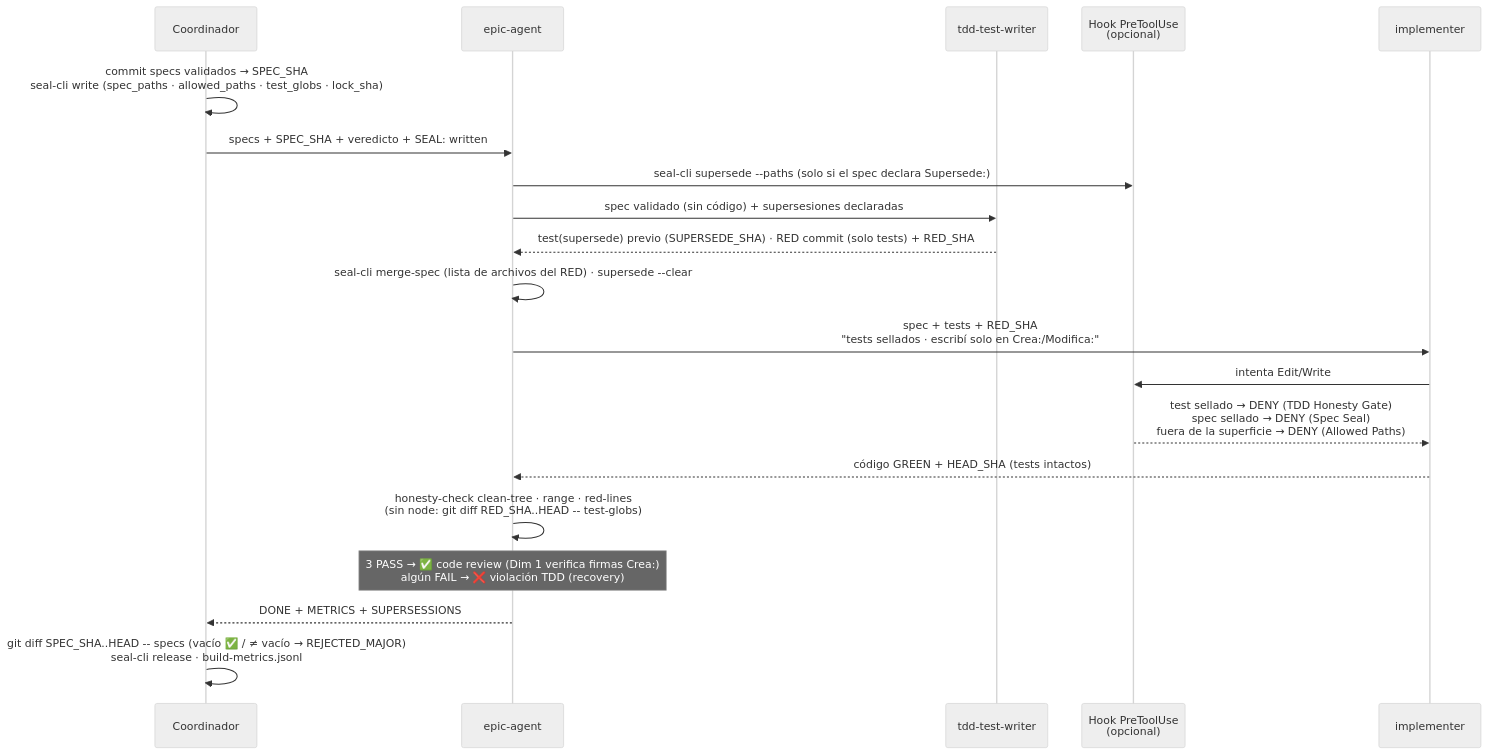
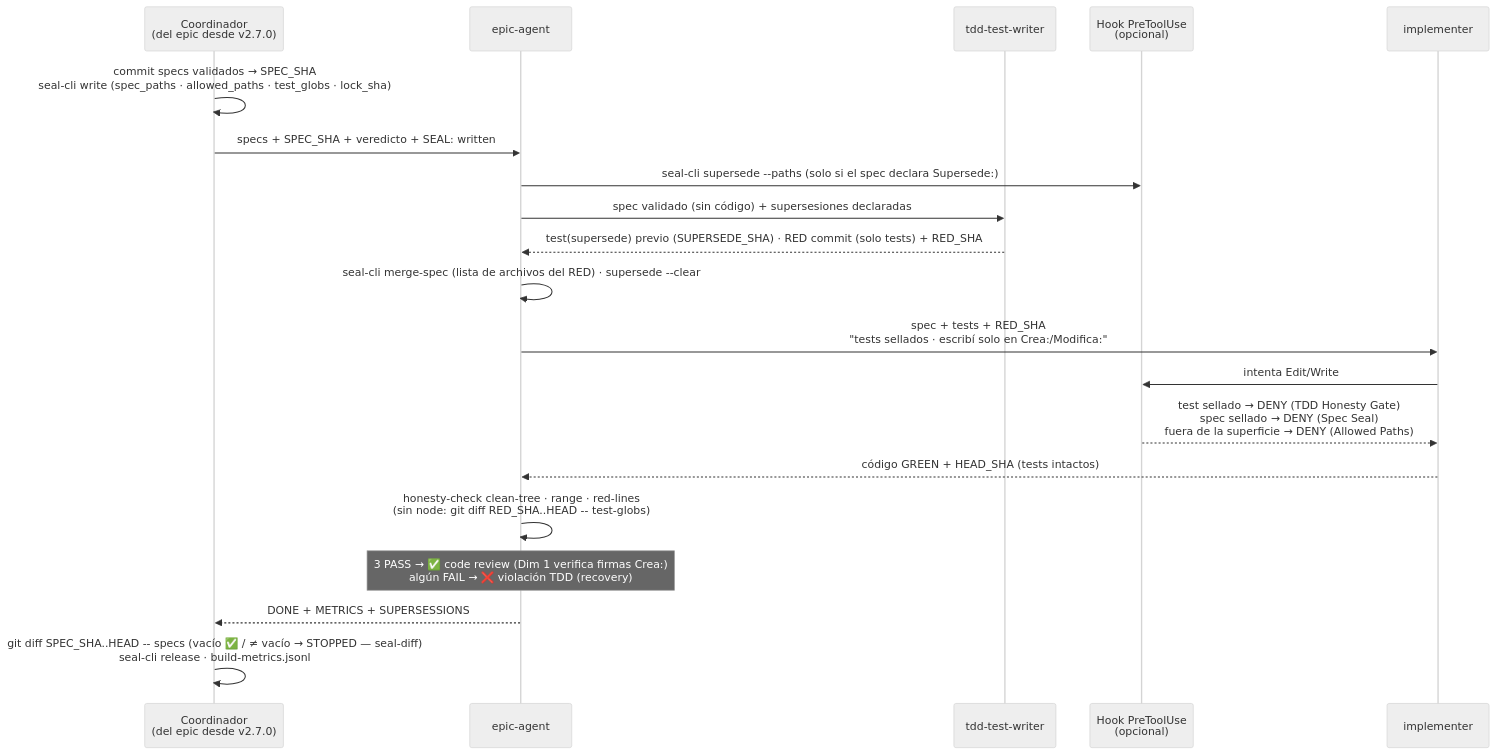
One commit to FerEscobarDev/Specture changed the sixth of 25 diagrams in docs/execution-flows.md. Above: the diagram before and after it, drawn with Mermaid (neutral theme). The commit also changed other lines of this file and 11 other files, not shown here.

First line of the commit message:
docs(build): coordinador por epic — guía de usuario, baseline de sondas y respuesta a un STOPPED

````diff
--- a/docs/execution-flows.md
+++ b/docs/execution-flows.md
@@ -271,23 +293,23 @@
 ```mermaid
 sequenceDiagram
-    participant C as Coordinador
+    participant C as Coordinador<br/>(del epic desde v2.7.0)
     participant O as epic-agent
     participant TW as tdd-test-writer
     participant H as Hook PreToolUse<br/>(opcional)
     participant IM as implementer
 
     C->>C: commit specs validados → SPEC_SHA<br/>seal-cli write (spec_paths · allowed_paths · test_globs · lock_sha)
     C->>O: specs + SPEC_SHA + veredicto + SEAL: written
     O->>H: seal-cli supersede --paths (solo si el spec declara Supersede:)
     O->>TW: spec validado (sin código) + supersesiones declaradas
     TW-->>O: test(supersede) previo (SUPERSEDE_SHA) · RED commit (solo tests) + RED_SHA
     O->>O: seal-cli merge-spec (lista de archivos del RED) · supersede --clear
     O->>IM: spec + tests + RED_SHA<br/>"tests sellados · escribí solo en Crea:/Modifica:"
     IM->>H: intenta Edit/Write
     H-->>IM: test sellado → DENY (TDD Honesty Gate)<br/>spec sellado → DENY (Spec Seal)<br/>fuera de la superficie → DENY (Allowed Paths)
     IM-->>O: código GREEN + HEAD_SHA (tests intactos)
     O->>O: honesty-check clean-tree · range · red-lines<br/>(sin node: git diff RED_SHA..HEAD -- test-globs)
     Note over O: 3 PASS → ✅ code review (Dim 1 verifica firmas Crea:)<br/>algún FAIL → ❌ violación TDD (recovery)
     O-->>C: DONE + METRICS + SUPERSESSIONS
-    C->>C: git diff SPEC_SHA..HEAD -- specs (vacío ✅ / ≠ vacío → REJECTED_MAJOR)<br/>seal-cli release · build-metrics.jsonl
+    C->>C: git diff SPEC_SHA..HEAD -- specs (vacío ✅ / ≠ vacío → STOPPED — seal-diff)<br/>seal-cli release · build-metrics.jsonl
 ```
````
